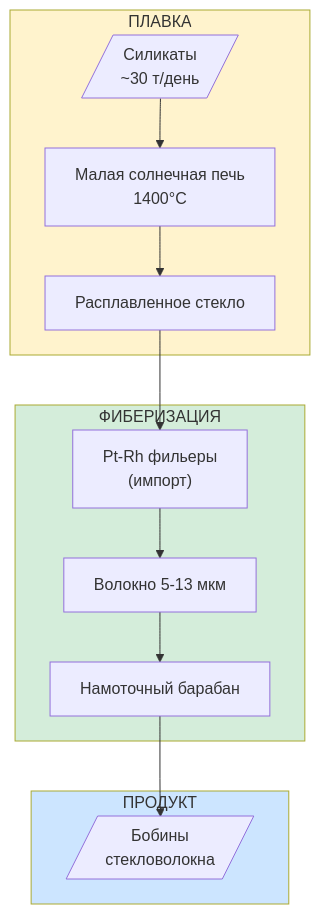
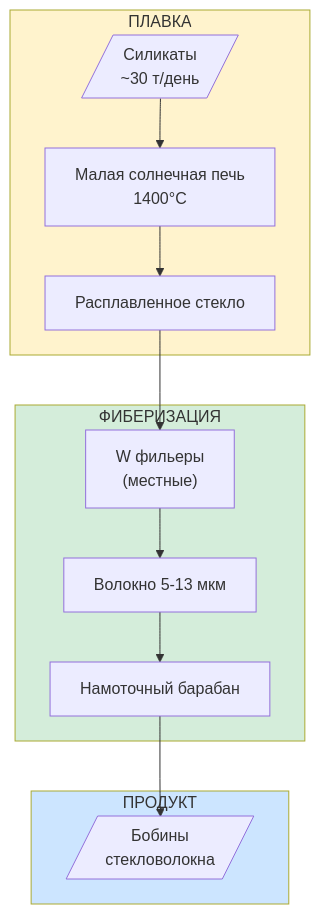
Before and after one commit to DmitryNasikanov/infinite-energy: the second of 2 diagrams in ru/science/detailed/production/materials/silicate-fabric.qmd, drawn with Mermaid. The commit also changed other lines of this file and 10 other files, not shown here.

````diff
--- a/ru/science/detailed/production/materials/silicate-fabric.qmd
+++ b/ru/science/detailed/production/materials/silicate-fabric.qmd
@@ -72,21 +75,21 @@
 ```{mermaid}
 flowchart TD
     subgraph ПЛАВКА["ПЛАВКА"]
         SIL[/"Силикаты<br/>~30 т/день"/] --> SF["Малая солнечная печь<br/>1400°C"]
         SF --> MELT["Расплавленное стекло"]
     end
 
     subgraph ФИБЕРИЗАЦИЯ["ФИБЕРИЗАЦИЯ"]
-        MELT --> FILT["Pt-Rh фильеры<br/>(импорт)"]
+        MELT --> FILT["W фильеры<br/>(местные)"]
         FILT --> FIBER["Волокно 5-13 мкм"]
         FIBER --> DRUM["Намоточный барабан"]
     end
 
     subgraph ПРОДУКТ["ПРОДУКТ"]
         DRUM --> BOBBIN[/"Бобины<br/>стекловолокна"/]
     end
 
     style ПЛАВКА fill:#fff3cd
     style ФИБЕРИЗАЦИЯ fill:#d4edda
     style ПРОДУКТ fill:#cce5ff
 ```
````
